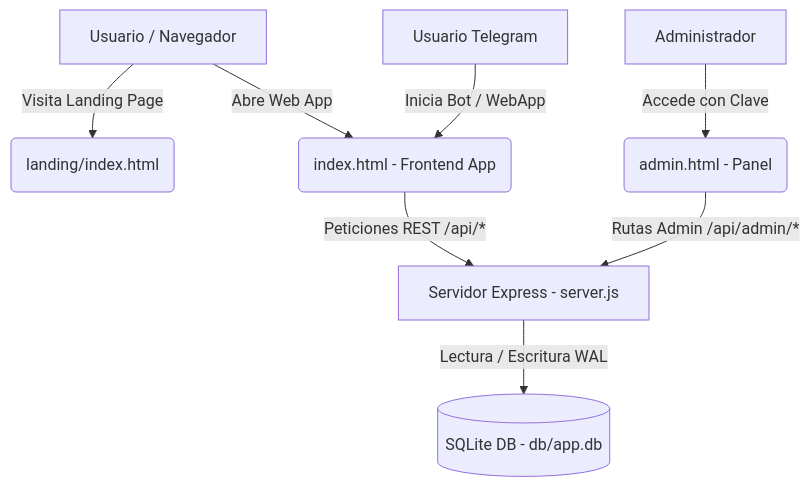
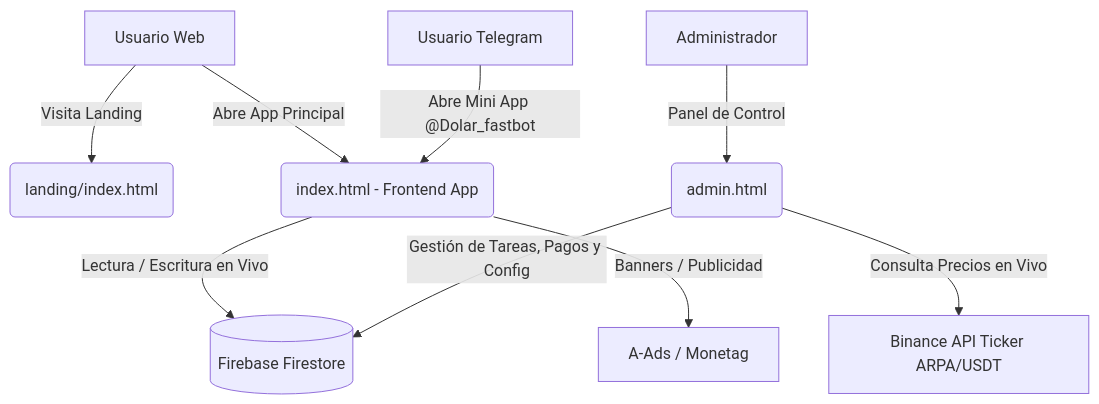
The diagram in README.md (wuisem051/fast-claim), drawn with Mermaid before and after one commit. The commit also changed other lines of this file and 1 other file, not shown here.

Commit message:
docs: actualizar README y landing/README con todas las novedades recientes

````diff
--- a/README.md
+++ b/README.md
@@ -38,10 +54,11 @@
 ```mermaid
 graph TD
-    A[Usuario / Navegador] -->|Visita Landing Page| B(landing/index.html)
-    A -->|Abre Web App| C(index.html - Frontend App)
-    T[Usuario Telegram] -->|Inicia Bot / WebApp| C
-    C -->|Peticiones REST /api/*| D[Servidor Express - server.js]
-    Adm[Administrador] -->|Accede con Clave| E(admin.html - Panel)
-    E -->|Rutas Admin /api/admin/*| D
-    D -->|Lectura / Escritura WAL| F[(SQLite DB - db/app.db)]
+    A[Usuario Web] -->|Visita Landing| B(landing/index.html)
+    A -->|Abre App Principal| C(index.html - Frontend App)
+    T[Usuario Telegram] -->|Abre Mini App @Dolar_fastbot| C
+    C -->|Lectura / Escritura en Vivo| F[(Firebase Firestore)]
+    C -->|Banners / Publicidad| Ads[A-Ads / Monetag]
+    Adm[Administrador] -->|Panel de Control| E(admin.html)
+    E -->|Gestión de Tareas, Pagos y Config| F
+    E -->|Consulta Precios en Vivo| BinAPI[Binance API Ticker ARPA/USDT]
 ```
````
